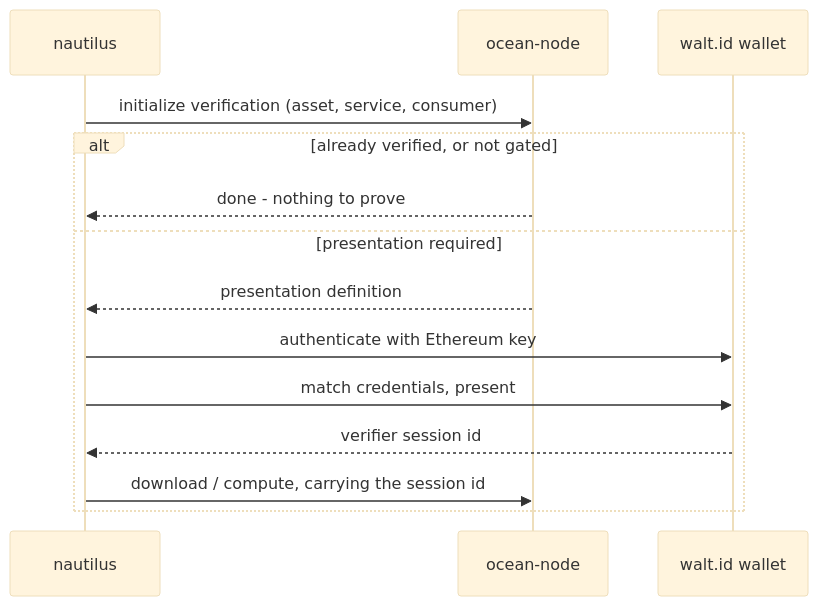
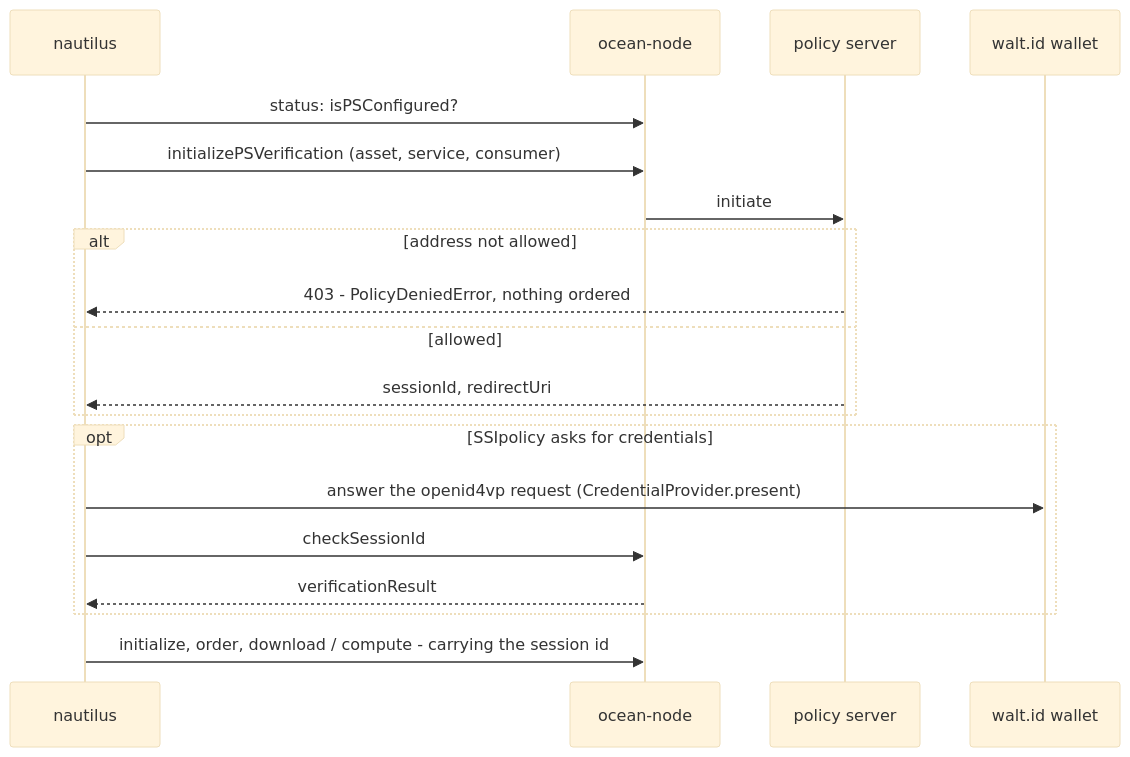
The second of 2 diagrams in docs/pages/docs/guides/identity.mdx (deltaDAO/nautilus), drawn with Mermaid (base theme) before and after one commit. The commit also changed other lines of this file and 18 other files, not shown here.

Commit message:
docs: document the policy-server session flow and the CredentialProvider change

````diff
--- a/docs/pages/docs/guides/identity.mdx
+++ b/docs/pages/docs/guides/identity.mdx
@@ -63,16 +86,21 @@
 ```mermaid
 sequenceDiagram
     participant N as nautilus
     participant ON as ocean-node
+    participant PS as policy server
     participant W as walt.id wallet
-    N->>ON: initialize verification (asset, service, consumer)
-    alt already verified, or not gated
-        ON-->>N: done - nothing to prove
-    else presentation required
-        ON-->>N: presentation definition
-        N->>W: authenticate with Ethereum key
-        N->>W: match credentials, present
-        W-->>N: verifier session id
-        N->>ON: download / compute, carrying the session id
+    N->>ON: status: isPSConfigured?
+    N->>ON: initializePSVerification (asset, service, consumer)
+    ON->>PS: initiate
+    alt address not allowed
+        PS-->>N: 403 - PolicyDeniedError, nothing ordered
+    else allowed
+        PS-->>N: sessionId, redirectUri
     end
+    opt SSIpolicy asks for credentials
+        N->>W: answer the openid4vp request (CredentialProvider.present)
+        N->>ON: checkSessionId
+        ON-->>N: verificationResult
+    end
+    N->>ON: initialize, order, download / compute - carrying the session id
 ```
````
